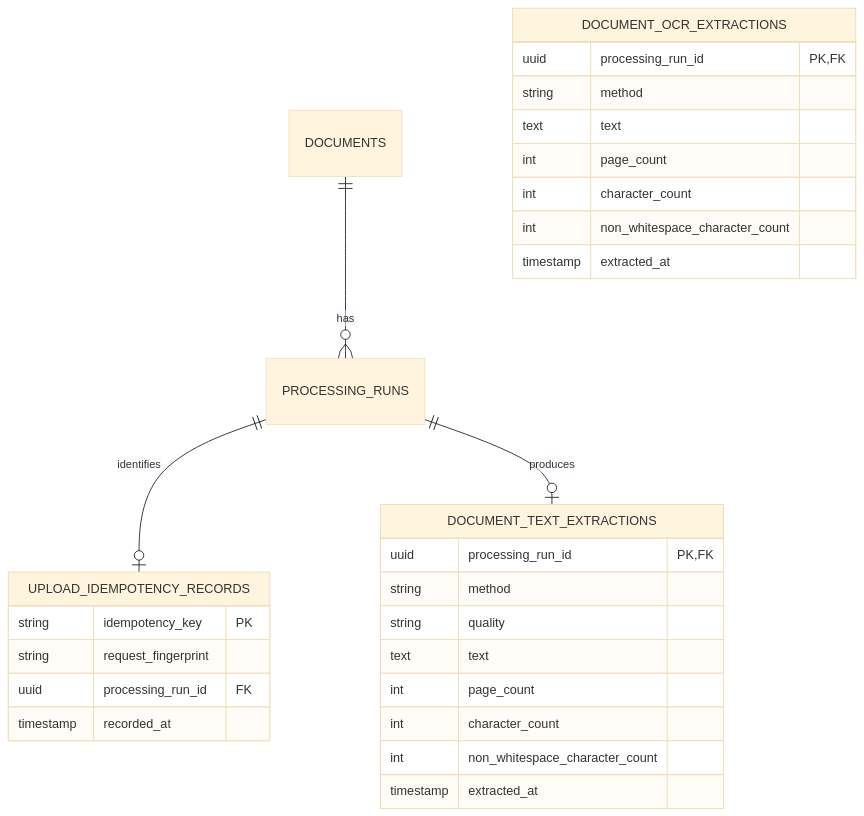
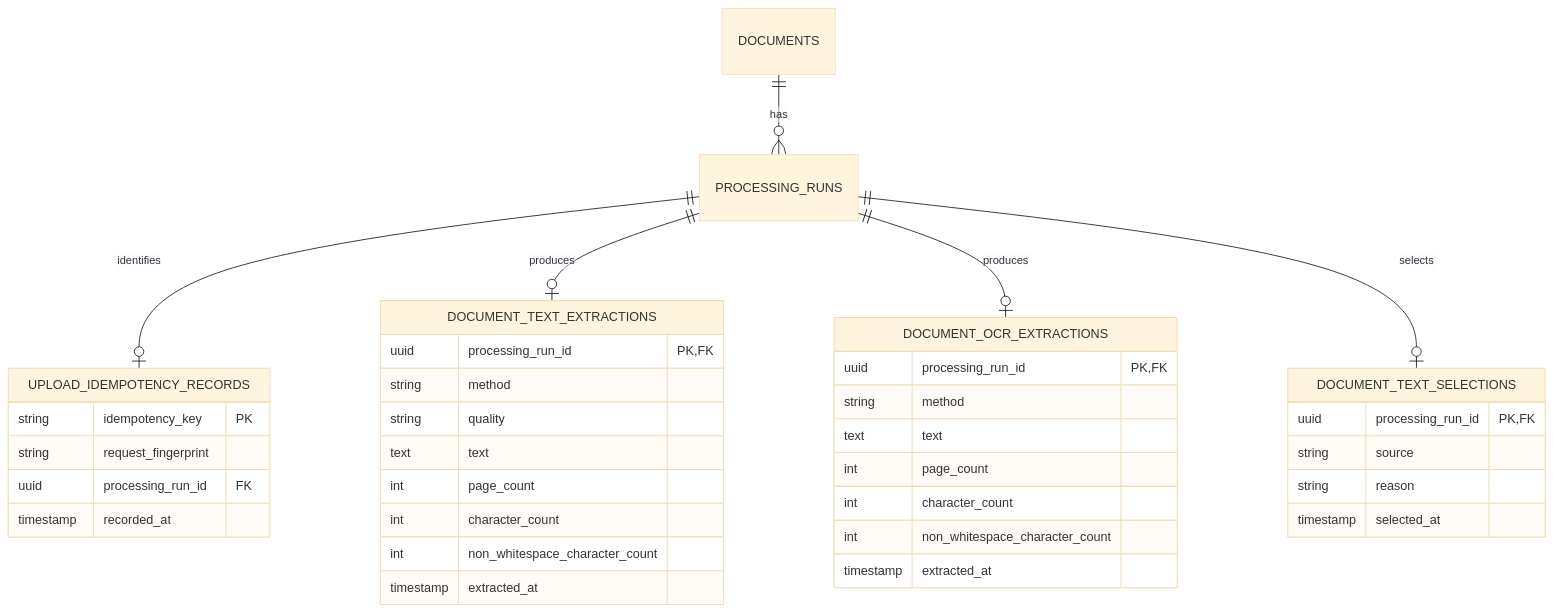
Diagram 11 of 11 in docs/architecture.md (PietroRussoD/ai-document-processing-platform), drawn with Mermaid (base theme) before and after one commit. The commit also changed other lines of this file and 24 other files, not shown here.

Commit message:
✨ Add canonical processing text selection

````diff
--- a/docs/architecture.md
+++ b/docs/architecture.md
@@ -296,31 +304,39 @@
 ```mermaid
 erDiagram
     DOCUMENTS ||--o{ PROCESSING_RUNS : has
     PROCESSING_RUNS ||--o| UPLOAD_IDEMPOTENCY_RECORDS : identifies
     PROCESSING_RUNS ||--o| DOCUMENT_TEXT_EXTRACTIONS : produces
+    PROCESSING_RUNS ||--o| DOCUMENT_OCR_EXTRACTIONS : produces
+    PROCESSING_RUNS ||--o| DOCUMENT_TEXT_SELECTIONS : selects
     UPLOAD_IDEMPOTENCY_RECORDS {
         string idempotency_key PK
         string request_fingerprint
         uuid processing_run_id FK
         timestamp recorded_at
     }
     DOCUMENT_TEXT_EXTRACTIONS {
         uuid processing_run_id PK, FK
         string method
         string quality
         text text
         int page_count
         int character_count
         int non_whitespace_character_count
         timestamp extracted_at
     }
     DOCUMENT_OCR_EXTRACTIONS {
         uuid processing_run_id PK, FK
         string method
         text text
         int page_count
         int character_count
         int non_whitespace_character_count
         timestamp extracted_at
     }
+    DOCUMENT_TEXT_SELECTIONS {
+        uuid processing_run_id PK, FK
+        string source
+        string reason
+        timestamp selected_at
+    }
 ```
````
